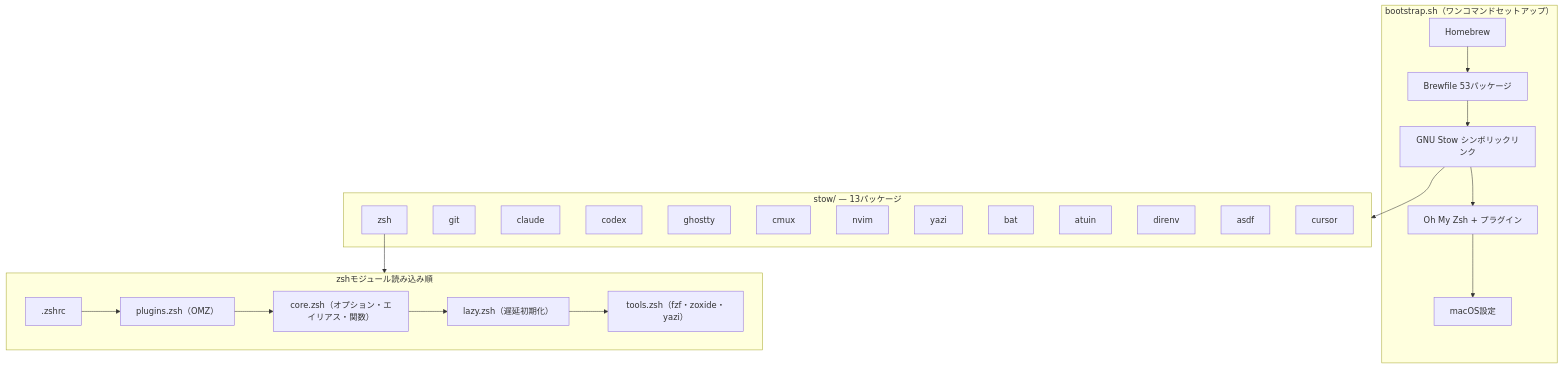
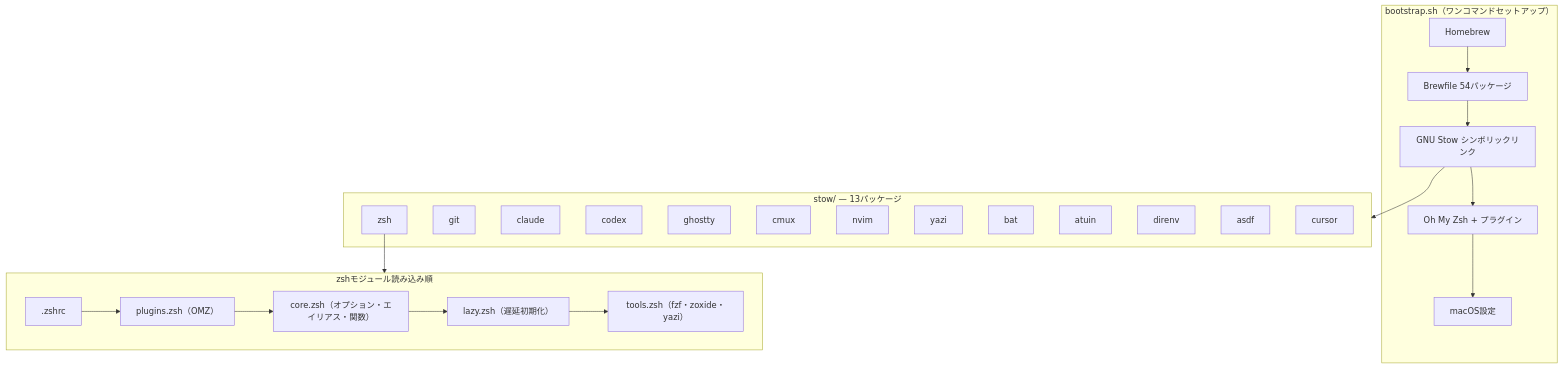
Before and after one commit to otake-shol/dotfiles: the diagram in README.md, drawn with Mermaid.

Commit message:
docs(readme): Brewfileパッケージ数を54に同期
google-gemini追加に伴う件数更新(make readme-sync)。

````diff
--- a/README.md
+++ b/README.md
@@ -96,36 +96,36 @@
 ```mermaid
 graph TB
     subgraph bootstrap["bootstrap.sh（ワンコマンドセットアップ）"]
         B1[Homebrew]
-        B1 --> B2[Brewfile 53パッケージ]
+        B1 --> B2[Brewfile 54パッケージ]
         B2 --> B3[GNU Stow シンボリックリンク]
         B3 --> B4[Oh My Zsh + プラグイン]
         B4 --> B5[macOS設定]
     end
 
     subgraph stow["stow/ — 13パッケージ"]
         S1[zsh]
         S2[git]
         S3[claude]
         S4[codex]
         S5[ghostty]
         S6[cmux]
         S7[nvim]
         S8[yazi]
         S9[bat]
         S10[atuin]
         S11[direnv]
         S12[asdf]
         S13[cursor]
     end
 
     subgraph shell["zshモジュール読み込み順"]
         Z1[".zshrc"] --> Z2["plugins.zsh（OMZ）"]
         Z2 --> Z3["core.zsh（オプション・エイリアス・関数）"]
         Z3 --> Z4["lazy.zsh（遅延初期化）"]
         Z4 --> Z5["tools.zsh（fzf・zoxide・yazi）"]
     end
 
     B3 --> stow
     S1 --> shell
 ```
````
